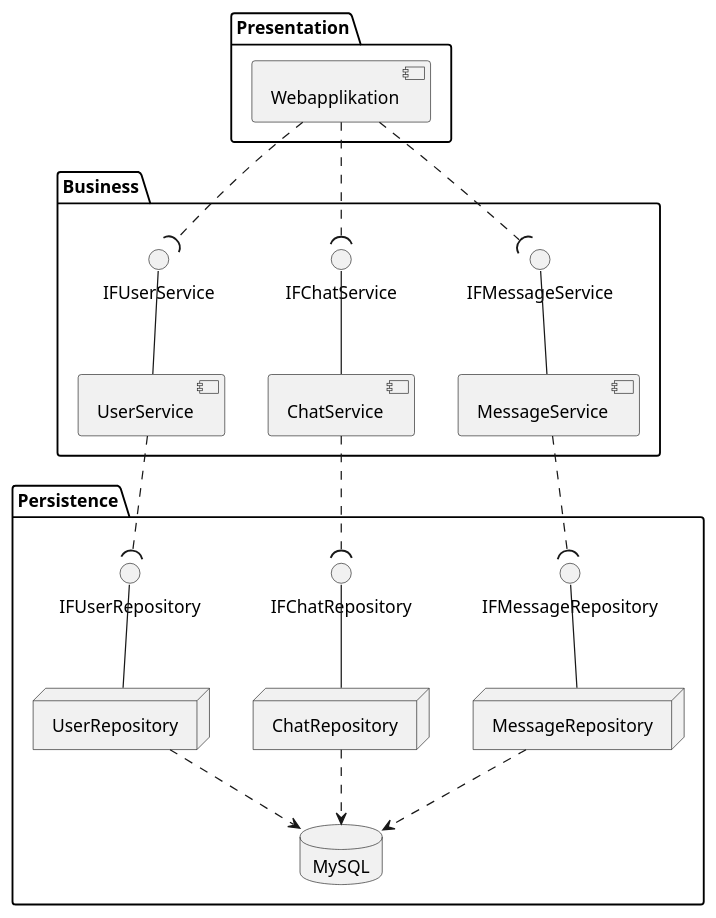
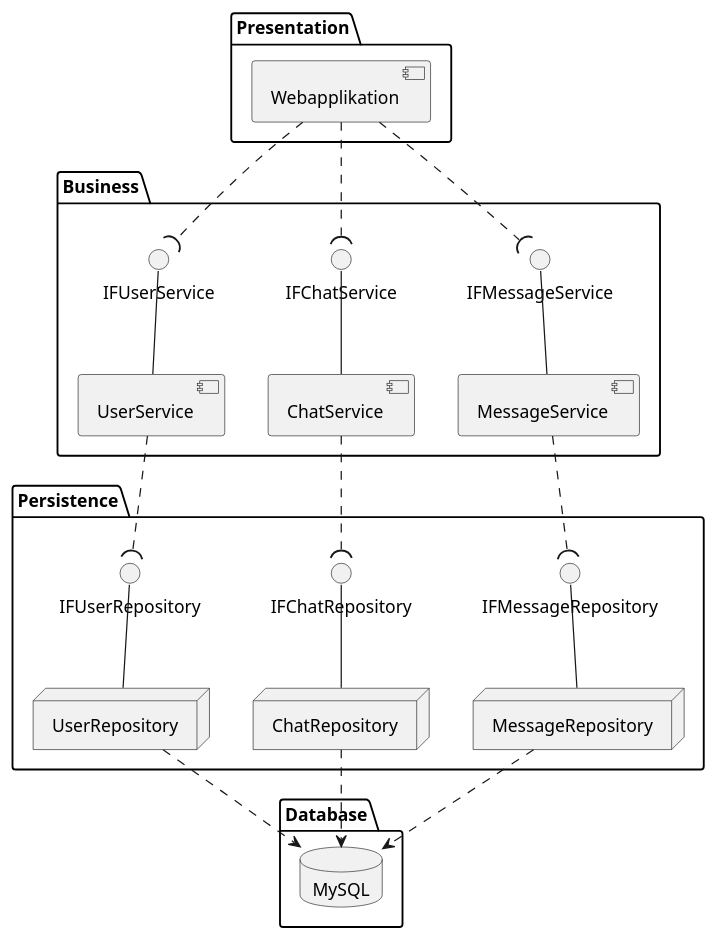
The diagram in src/doc/uml-component.puml (bbenno/oth-sw), drawn with PlantUML before and after one commit.

Commit message:
Add new database layer in component diagram
Adding in order to match the "Layered Architecture" described in Mark Richards' book "Software Architecture Patterns".

```diff
--- a/src/doc/uml-component.puml
+++ b/src/doc/uml-component.puml
@@ -1,47 +1,49 @@
 @startuml chat
 package "Presentation" {
     component "Webapplikation" as app
 }
 
 package "Business" {
     component "UserService" as US
     component "ChatService" as CS
     component "MessageService" as MS
 
     () IFUserService as IFUS
     () IFChatService as IFCS
     () IFMessageService as IFMS
 
     US -up- IFUS
     CS -up- IFCS
     MS -up- IFMS
 }
 
 package "Persistence" {
     node "UserRepository" as UR
     node "ChatRepository" as CR
     node "MessageRepository" as MR
 
-    database "MySQL" as db
-
     () IFUserRepository as IFUR
     () IFChatRepository as IFCR
     () IFMessageRepository as IFMR
 
     UR -up- IFUR
     CR -up- IFCR
     MR -up- IFMR
+}
 
-    UR .down.> db
-    CR .down.> db
-    MR .down.> db
+package "Database" {
+    database "MySQL" as db
 }
+
+UR .down.> db
+CR .down.> db
+MR .down.> db
 
 app .down.( IFUS
 app .down.( IFCS
 app .down.( IFMS
 
 US .down.( IFUR
 CS .down.( IFCR
 MS .down.( IFMR
 @enduml
```
